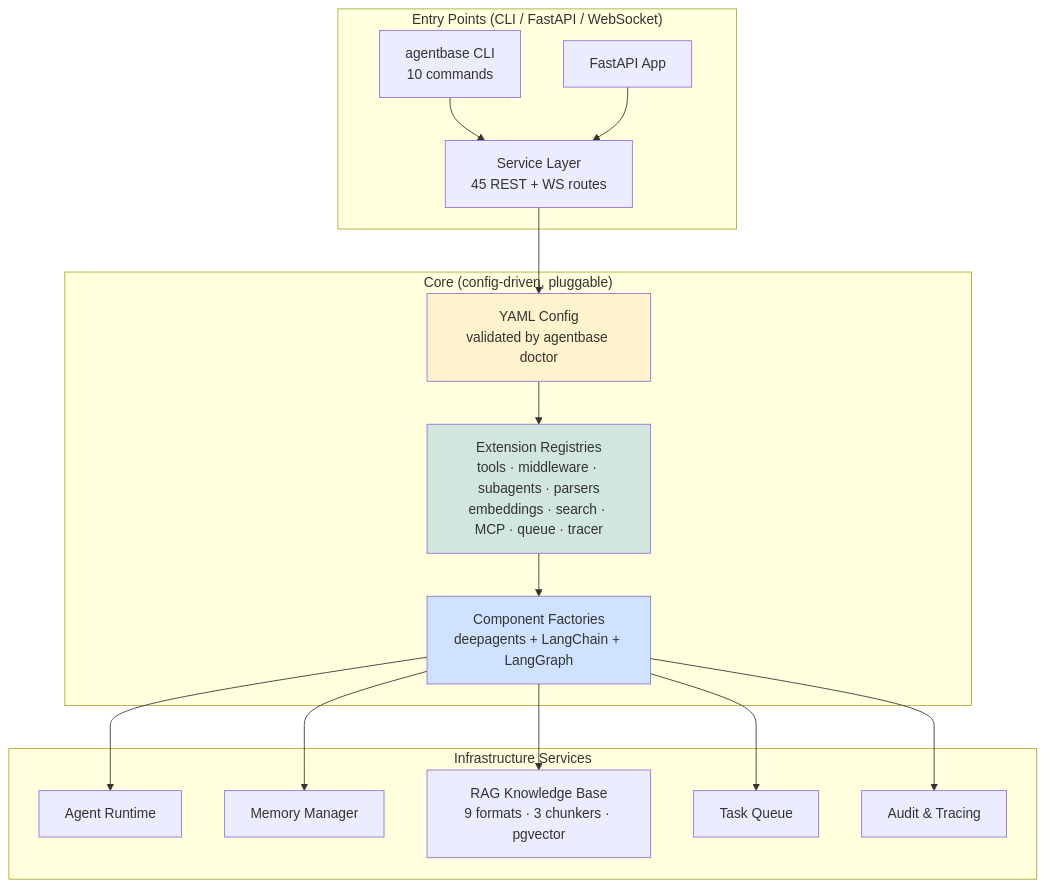
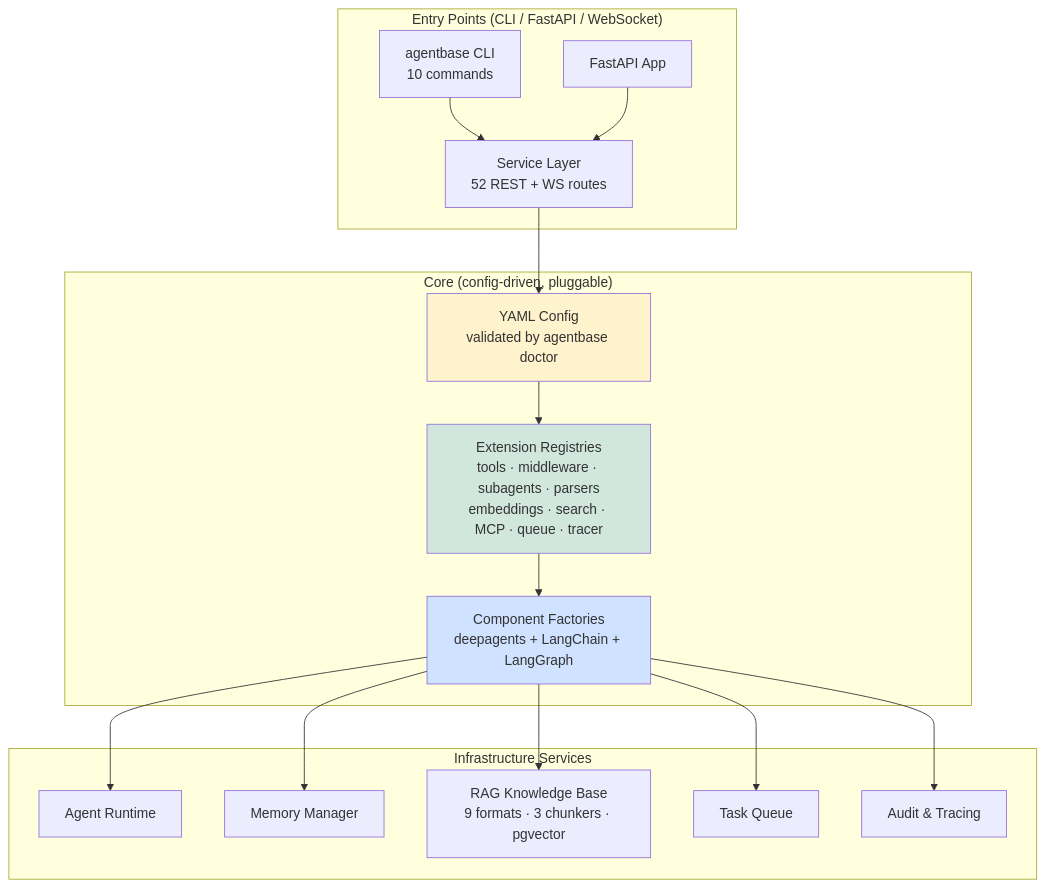
The diagram in README.md (LPK3215/agentbase), drawn with Mermaid before and after one commit. The commit also changed other lines of this file and 9 other files, not shown here.

````diff
--- a/README.md
+++ b/README.md
@@ -34,25 +34,25 @@
 ```mermaid
 graph TD
     subgraph "Entry Points (CLI / FastAPI / WebSocket)"
-        A[agentbase CLI<br/>10 commands] --> C[Service Layer<br/>45 REST + WS routes]
+        A[agentbase CLI<br/>10 commands] --> C[Service Layer<br/>52 REST + WS routes]
         B[FastAPI App] --> C
     end
 
     subgraph "Core (config-driven, pluggable)"
         C --> D[YAML Config<br/>validated by agentbase doctor]
         D --> E[Extension Registries<br/>tools · middleware · subagents · parsers<br/>embeddings · search · MCP · queue · tracer]
         E --> F[Component Factories<br/>deepagents + LangChain + LangGraph]
     end
 
     subgraph "Infrastructure Services"
         F --> G[Agent Runtime]
         F --> H[Memory Manager]
         F --> I[RAG Knowledge Base<br/>9 formats · 3 chunkers · pgvector]
         F --> J[Task Queue]
         F --> K[Audit & Tracing]
     end
 
     style D fill:#fff3cd
     style E fill:#d1e7dd
     style F fill:#cfe2ff
 ```
````
